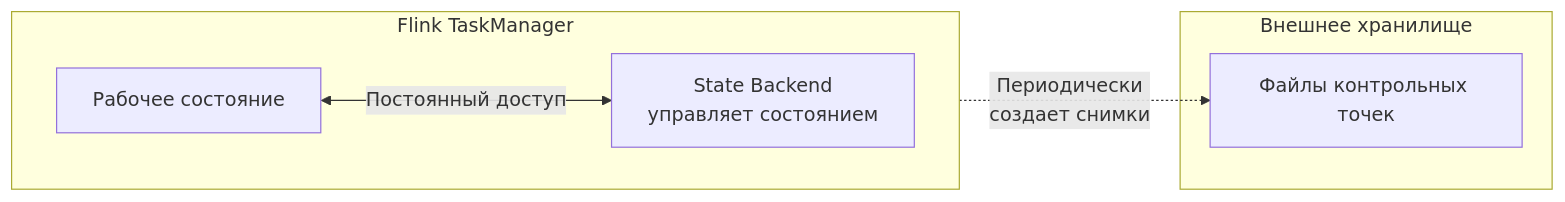
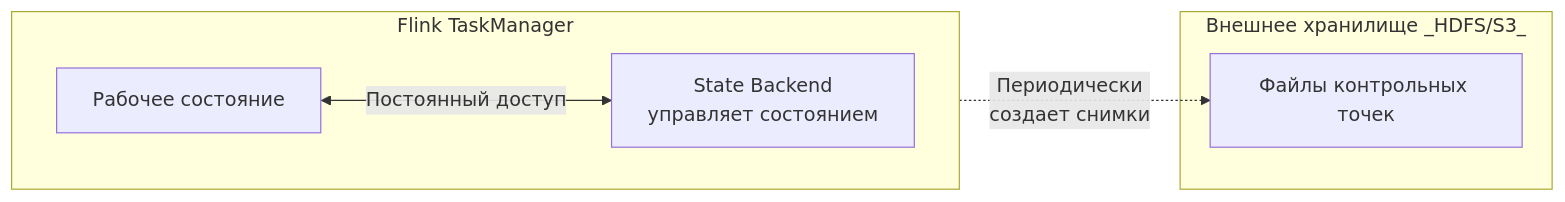
One commit to AV-ghub/StarRocks changed the diagram in 006 Integration/Apache Flink CDC/007 7 Tips For Optimizing Apache Flink Applications.md. Above: the diagram before and after it, drawn with Mermaid.

Commit message:
Update 007 7 Tips For Optimizing Apache Flink Applications.md

````diff
--- a/006 Integration/Apache Flink CDC/007 7 Tips For Optimizing Apache Flink Applications.md
+++ b/006 Integration/Apache Flink CDC/007 7 Tips For Optimizing Apache Flink Applications.md
@@ -90,15 +90,15 @@
 ```mermaid
 flowchart LR
     subgraph Flink_TaskManager[Flink TaskManager]
         direction LR
         Working_State[Рабочее состояние]
         State_Backend[State Backend<br>управляет состоянием]
     end
 
-    subgraph External_Storage[Внешнее хранилище <HDFS/S3>]
+    subgraph External_Storage[Внешнее хранилище _HDFS/S3_]
         Checkpoint_Files[Файлы контрольных точек]
     end
 
     Working_State <-->|Постоянный доступ| State_Backend
     State_Backend -.->|Периодически<br>создает снимки| Checkpoint_Files
 ```
````
